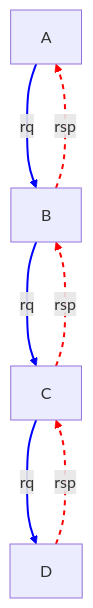
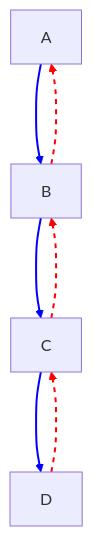
Before and after one commit to Rick-Anderson/Report: the diagram in z4.md, drawn with Mermaid.

````diff
--- a/z4.md
+++ b/z4.md
@@ -1,16 +1,17 @@
 ```mermaid
 graph TD;
-    A -->|rq|B[B]
-    B-->|rq|C[C]
-    C-->|rq|D[D]
-    D--->|rsp|C
-    C--->|rsp|B
-    B--->|rsp|A
+    A -->B
+    B-->C
+    C-->D
+    D--->C
+    C--->B
+    B--->A
 
     linkStyle 0 stroke-width:2px,fill:none,stroke:blue;
     linkStyle 1 stroke-width:2px,fill:none,stroke:blue;
     linkStyle 2 stroke-width:2px,fill:none,stroke:blue;
     linkStyle 3 stroke-dasharray: 5 5, stroke-width:2px,fill:none,stroke:red;
     linkStyle 4 stroke-dasharray: 5 5, stroke-width:2px,fill:none,stroke:red;
     linkStyle 5 stroke-dasharray: 5 5, stroke-width:2px,fill:none,stroke:red;
+
 ```
````
